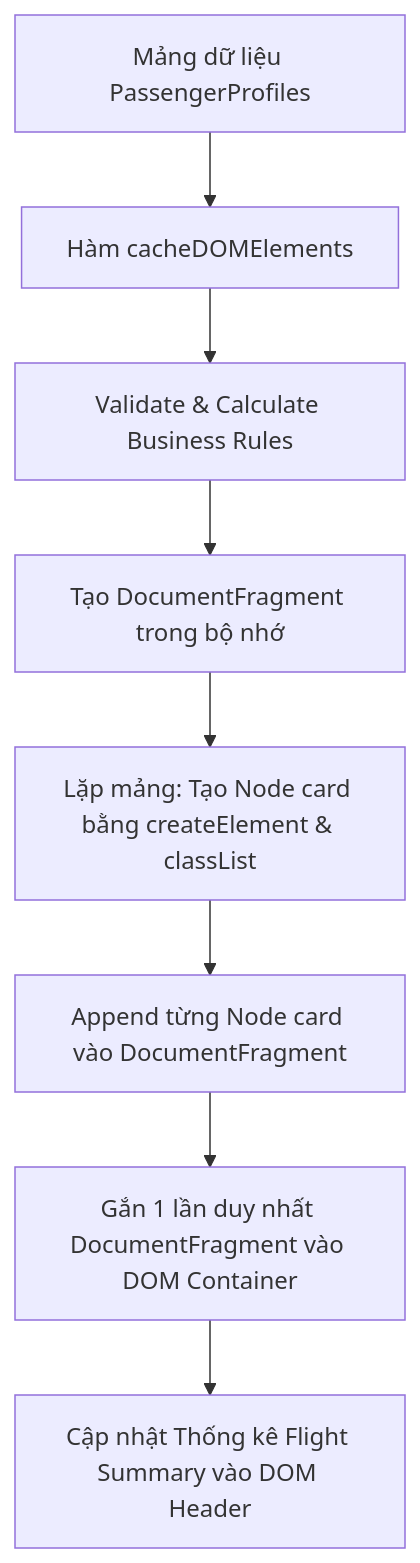
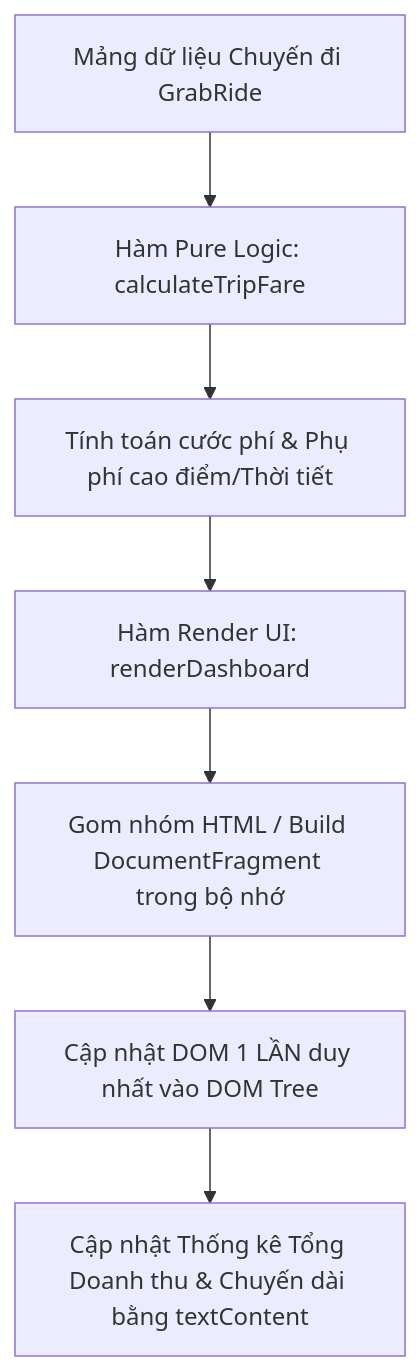
The diagram in output/pms/Phát_triển_ứng_dụng_web/Session 17 - Tương tác DOM API (Document Object Model)- Truy xuất và Thay đổi Nội dung/Bài tập/bai_tap_12.md (ngoquy12/learning_material), drawn with Mermaid before and after one commit. The commit also changed other lines of this file and 152 other files, not shown here.

Commit message:
feat(domain): implement Session Domain Anchor Architecture for 100% unified domain consistency across all session resources

````diff
--- a/output/pms/Phát_triển_ứng_dụng_web/Session 17 - Tương tác DOM API (Document Object Model)- Truy xuất và Thay đổi Nội dung/Bài tập/bai_tap_12.md
+++ b/output/pms/Phát_triển_ứng_dụng_web/Session 17 - Tương tác DOM API (Document Object Model)- Truy xuất và Thay đổi Nội dung/Bài tập/bai_tap_12.md
@@ -22,10 +21,9 @@
 ```mermaid
-graph TD
-    A[Mảng dữ liệu PassengerProfiles] --> B[Hàm cacheDOMElements]
-    B --> C[Validate & Calculate Business Rules]
-    C --> D[Tạo DocumentFragment trong bộ nhớ]
-    D --> E[Lặp mảng: Tạo Node card bằng createElement & classList]
-    E --> F[Append từng Node card vào DocumentFragment]
-    F --> G[Gắn 1 lần duy nhất DocumentFragment vào DOM Container]
-    G --> H[Cập nhật Thống kê Flight Summary vào DOM Header]
+flowchart TD
+    A[Mảng dữ liệu Chuyến đi GrabRide] --> B[Hàm Pure Logic: calculateTripFare]
+    B --> C[Tính toán cước phí & Phụ phí cao điểm/Thời tiết]
+    C --> D[Hàm Render UI: renderDashboard]
+    D --> E[Gom nhóm HTML / Build DocumentFragment trong bộ nhớ]
+    E --> F[Cập nhật DOM 1 LẦN duy nhất vào DOM Tree]
+    F --> G[Cập nhật Thống kê Tổng Doanh thu & Chuyến dài bằng textContent]
 ```
````
